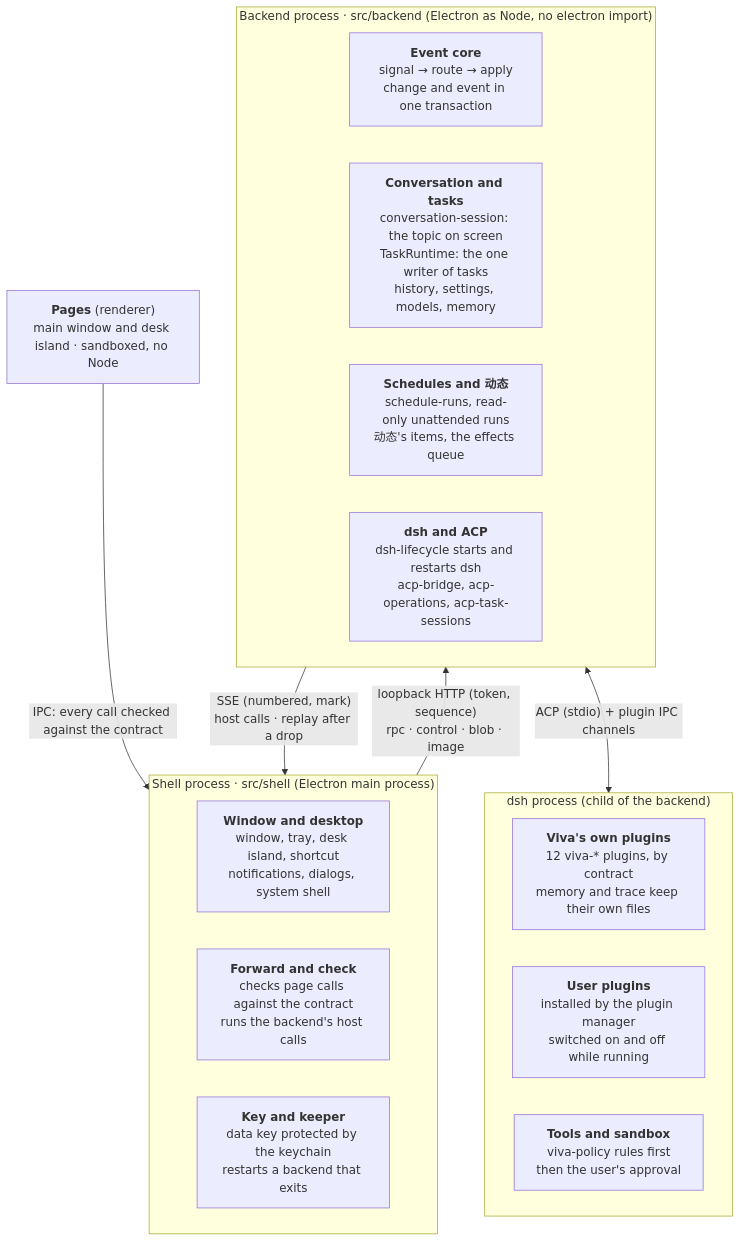
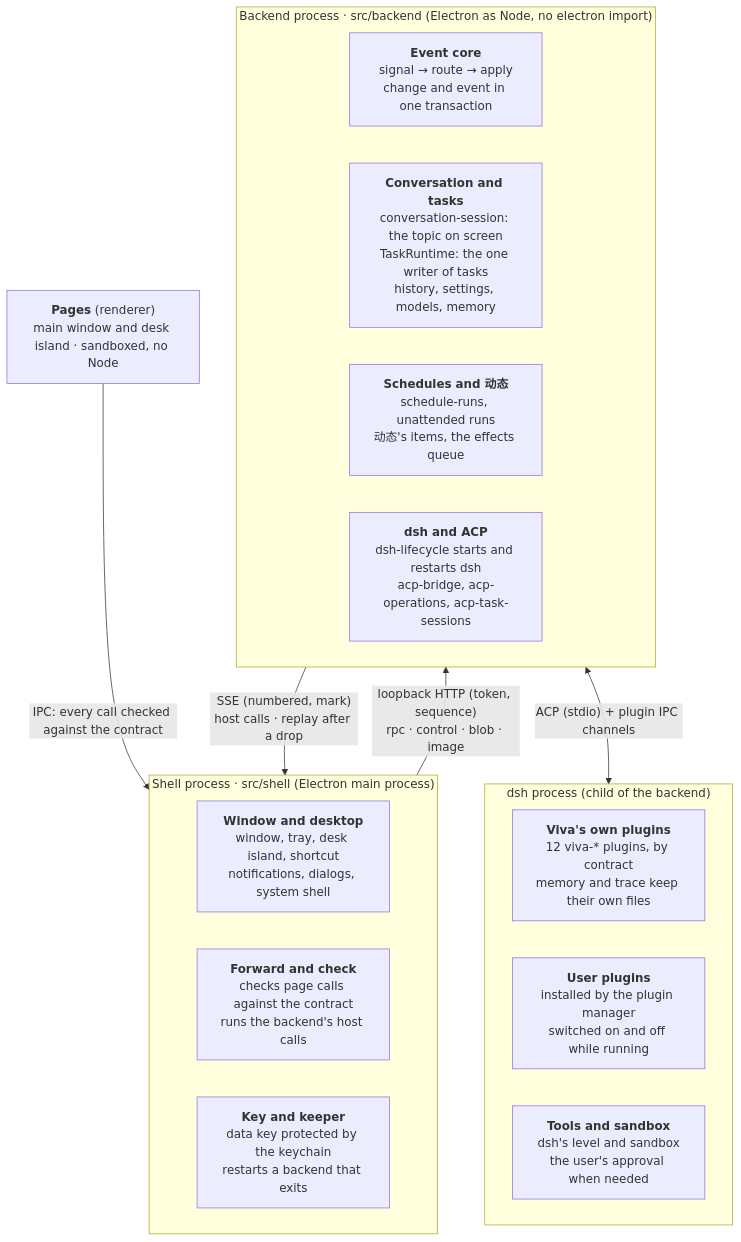
The diagram in docs/system-design.md (JNS0724/Viva), drawn with Mermaid before and after one commit. The commit also changed other lines of this file and 110 other files, not shown here.

````diff
--- a/docs/system-design.md
+++ b/docs/system-design.md
@@ -24,24 +24,24 @@
 ```mermaid
 flowchart TB
   pages["<b>Pages</b> (renderer)<br/>main window and desk island · sandboxed, no Node"]
   subgraph shell["Shell process · src/shell (Electron main process)"]
     s1["<b>Window and desktop</b><br/>window, tray, desk island, shortcut<br/>notifications, dialogs, system shell"]
     s2["<b>Forward and check</b><br/>checks page calls against the contract<br/>runs the backend's host calls"]
     s3["<b>Key and keeper</b><br/>data key protected by the keychain<br/>restarts a backend that exits"]
   end
   subgraph backend["Backend process · src/backend (Electron as Node, no electron import)"]
     b1["<b>Event core</b><br/>signal → route → apply<br/>change and event in one transaction"]
     b2["<b>Conversation and tasks</b><br/>conversation-session: the topic on screen<br/>TaskRuntime: the one writer of tasks<br/>history, settings, models, memory"]
-    b3["<b>Schedules and 动态</b><br/>schedule-runs, read-only unattended runs<br/>动态's items, the effects queue"]
+    b3["<b>Schedules and 动态</b><br/>schedule-runs, unattended runs<br/>动态's items, the effects queue"]
     b4["<b>dsh and ACP</b><br/>dsh-lifecycle starts and restarts dsh<br/>acp-bridge, acp-operations, acp-task-sessions"]
   end
   subgraph dsh["dsh process (child of the backend)"]
     d1["<b>Viva's own plugins</b><br/>12 viva-* plugins, by contract<br/>memory and trace keep their own files"]
     d2["<b>User plugins</b><br/>installed by the plugin manager<br/>switched on and off while running"]
-    d3["<b>Tools and sandbox</b><br/>viva-policy rules first<br/>then the user's approval"]
+    d3["<b>Tools and sandbox</b><br/>dsh's level and sandbox<br/>the user's approval when needed"]
   end
   pages -- "IPC: every call checked against the contract" --> shell
   shell -- "loopback HTTP (token, sequence)<br/>rpc · control · blob · image" --> backend
   backend -- "SSE (numbered, mark)<br/>host calls · replay after a drop" --> shell
   backend <-->|"ACP (stdio) + plugin IPC channels"| dsh
 ```
````
